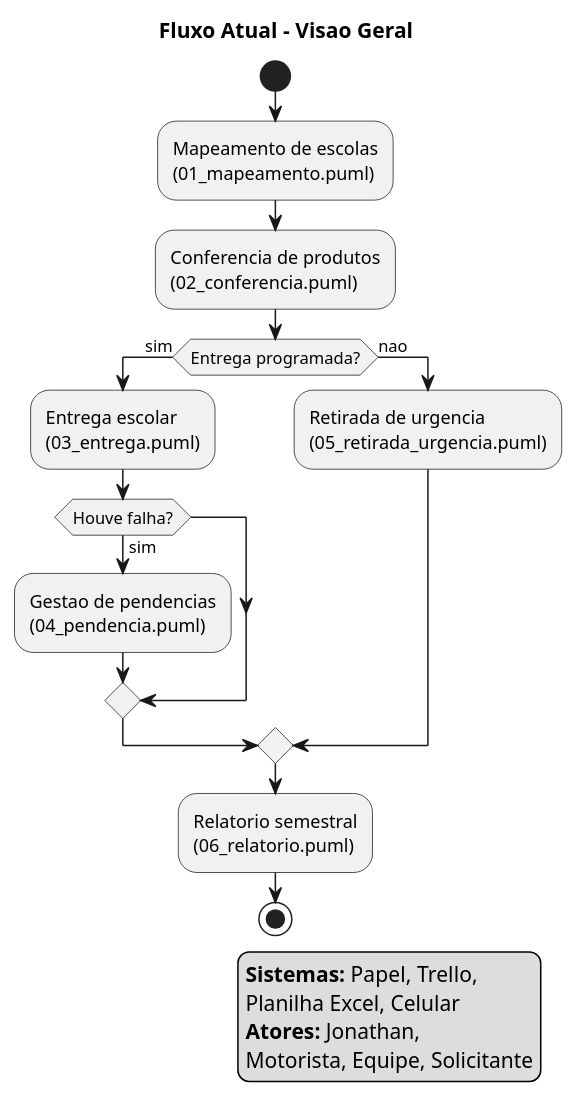
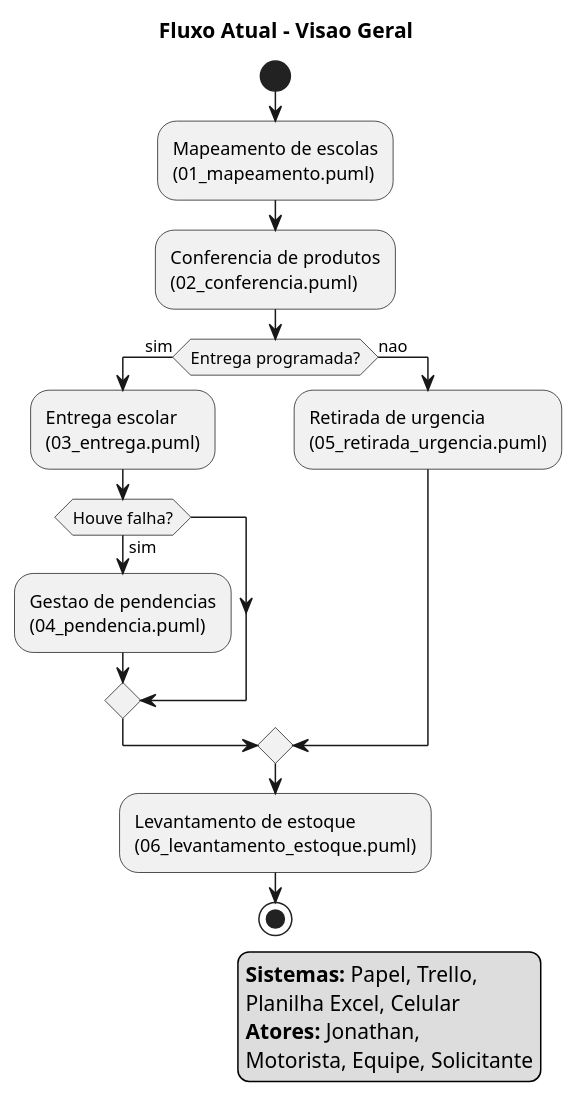
Before and after one commit to enzoguinossi/ProjetoFinalFAETEC: the diagram in docs/puml/fluxo_atual.puml, drawn with PlantUML. The commit also changed 7 other files, not shown here.

Commit message:
fix: 06_relatorio renamed to levantamento_estoque, corrected flow semantics

```diff
--- a/docs/puml/fluxo_atual.puml
+++ b/docs/puml/fluxo_atual.puml
@@ -1,38 +1,38 @@
 @startuml
 skinparam shadowing false
 title Fluxo Atual - Visao Geral
 
 |Jonathan|
 start
 :Mapeamento de escolas
 (01_mapeamento.puml);
 
 :Conferencia de produtos
 (02_conferencia.puml);
 
 if (Entrega programada?) then (sim)
   :Entrega escolar
   (03_entrega.puml);
   
   if (Houve falha?) then (sim)
     :Gestao de pendencias
     (04_pendencia.puml);
   endif
   
 else (nao)
   :Retirada de urgencia
   (05_retirada_urgencia.puml);
 endif
 
-:Relatorio semestral
-(06_relatorio.puml);
+:Levantamento de estoque
+(06_levantamento_estoque.puml);
 
 stop
 
 legend right
   **Sistemas:** Papel, Trello,
   Planilha Excel, Celular
   **Atores:** Jonathan,
   Motorista, Equipe, Solicitante
 endlegend
 @enduml
```
